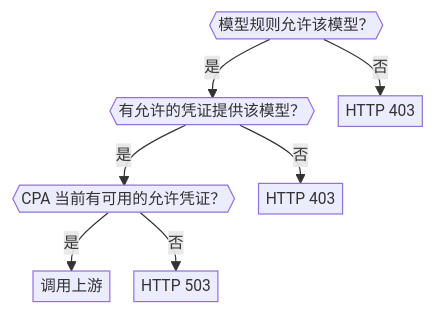
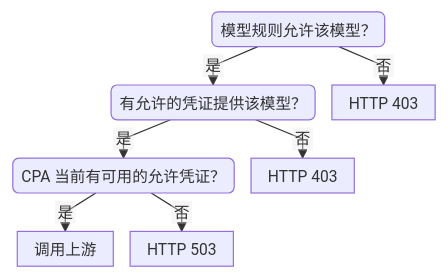
Before and after one commit to haowang02/cpa-plugin-key-billing: the diagram in README.md, drawn with Mermaid. The commit also changed 1 other file, not shown here.

Commit message:
docs: compact routing diagrams on GitHub

````diff
--- a/README.md
+++ b/README.md
@@ -110,19 +110,25 @@
 ```mermaid
 ---
 config:
+  layout: dagre
+  look: classic
+  htmlLabels: false
   themeVariables:
     fontSize: "13px"
   flowchart:
     diagramPadding: 4
-    nodeSpacing: 20
-    rankSpacing: 28
-    padding: 3
+    nodeSpacing: 14
+    rankSpacing: 13
+    padding: 7
+    minNodeWidth: 0
+    wrappingWidth: 240
+    curve: linear
 ---
 flowchart TB
-    D{{模型规则允许该模型？}} -- 是 --> E{{有允许的凭证提供该模型？}}
-    E -- 是 --> P{{CPA 当前有可用的允许凭证？}}
+    D("模型规则允许该模型？") -- 是 --> E("有允许的凭证提供该模型？")
+    E -- 是 --> P("CPA 当前有可用的允许凭证？")
     P -- 是 --> U[调用上游]
     D -- 否 --> R1[HTTP 403]
     E -- 否 --> R2[HTTP 403]
     P -- 否 --> S[HTTP 503]
 ```
````
